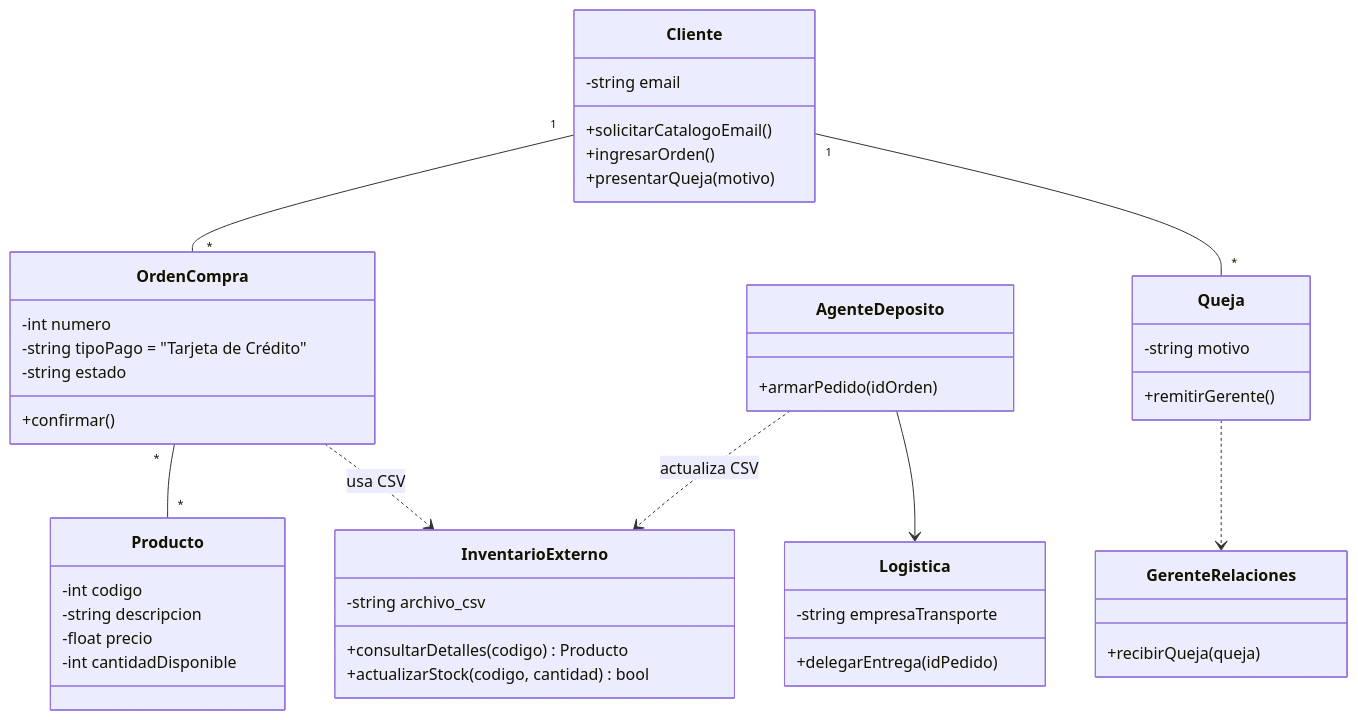
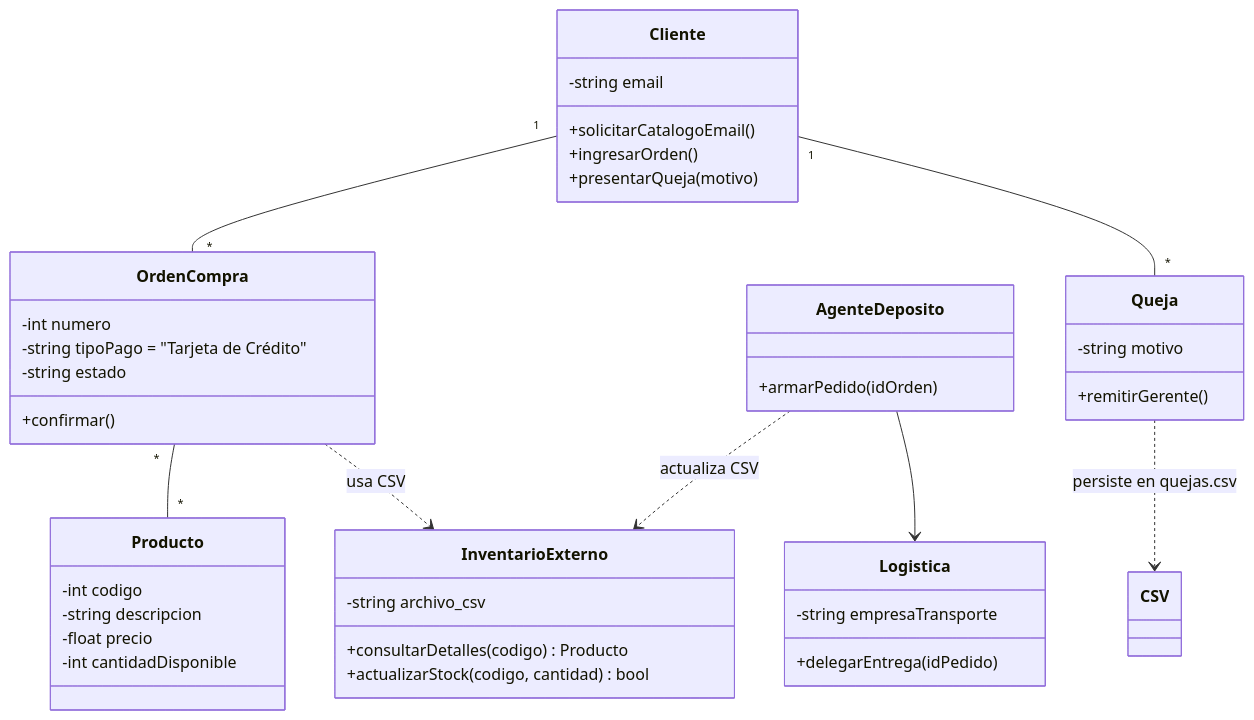
The diagram in docs/Diseno_1.md (JuanGonzalezP1021/Taller_I), drawn with Mermaid before and after one commit. The commit also changed 5 other files, not shown here.

````diff
--- a/docs/Diseno_1.md
+++ b/docs/Diseno_1.md
@@ -27,56 +27,53 @@
 ```mermaid
 classDiagram
     class InventarioExterno {
         -string archivo_csv
         +consultarDetalles(codigo) Producto
         +actualizarStock(codigo, cantidad) bool
     }
 
     class Producto {
         -int codigo
         -string descripcion
         -float precio
         -int cantidadDisponible
     }
 
     class Cliente {
         -string email
         +solicitarCatalogoEmail()
         +ingresarOrden()
         +presentarQueja(motivo)
     }
 
     class OrdenCompra {
         -int numero
         -string tipoPago = "Tarjeta de Crédito"
         -string estado
         +confirmar()
     }
 
     class AgenteDeposito {
         +armarPedido(idOrden)
     }
 
     class Logistica {
         -string empresaTransporte
         +delegarEntrega(idPedido)
     }
 
     class Queja {
         -string motivo
         +remitirGerente()
     }
 
-    class GerenteRelaciones {
-        +recibirQueja(queja)
-    }
 
     Cliente "1" -- "*" OrdenCompra
     OrdenCompra "*" -- "*" Producto
     OrdenCompra ..> InventarioExterno : usa CSV
     AgenteDeposito ..> InventarioExterno : actualiza CSV
     AgenteDeposito --> Logistica
     Cliente "1" -- "*" Queja
-    Queja ..> GerenteRelaciones
+    Queja ..> CSV : persiste en quejas.csv
 
 ```
````
